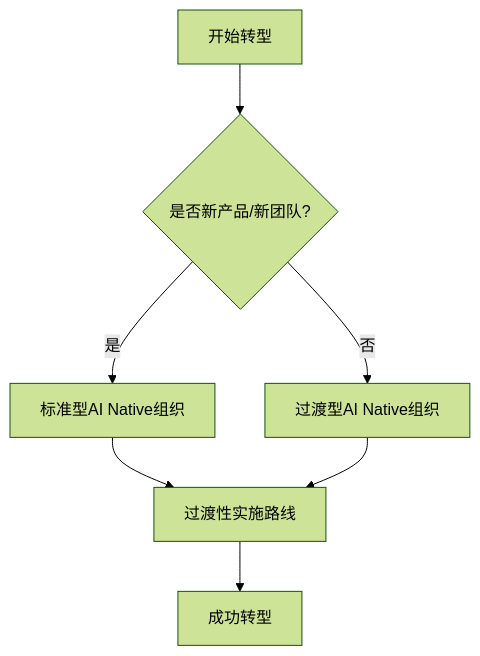
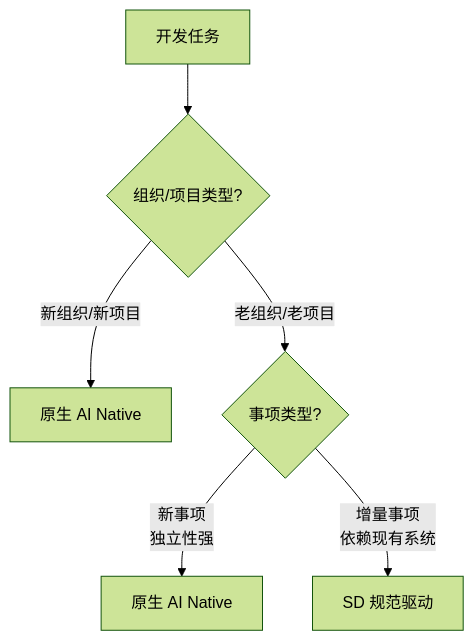
The diagram in docs/3-transition-practice/3-1-organization-architecture/README.md (arksou-Ltd/AINative), drawn with Mermaid (forest theme) before and after one commit. The commit also changed other lines of this file and 7 other files, not shown here.

First line of the commit message:
feat(docs): update organization architecture and transition strategies

````diff
--- a/docs/3-transition-practice/3-1-organization-architecture/README.md
+++ b/docs/3-transition-practice/3-1-organization-architecture/README.md
@@ -46,9 +30,8 @@
 ```mermaid
 graph TD
-    A[开始转型] --> B{是否新产品/新团队?}
-    B -->|是| C[标准型AI Native组织]
-    B -->|否| D[过渡型AI Native组织]
-    C --> E[过渡性实施路线]
-    D --> E
-    E --> F[成功转型]
+    A[开发任务] --> B{组织/项目类型?}
+    B -->|新组织/新项目| C[原生 AI Native]
+    B -->|老组织/老项目| D{事项类型?}
+    D -->|新事项<br>独立性强| E[原生 AI Native]
+    D -->|增量事项<br>依赖现有系统| F[SD 规范驱动]
 ```
````
